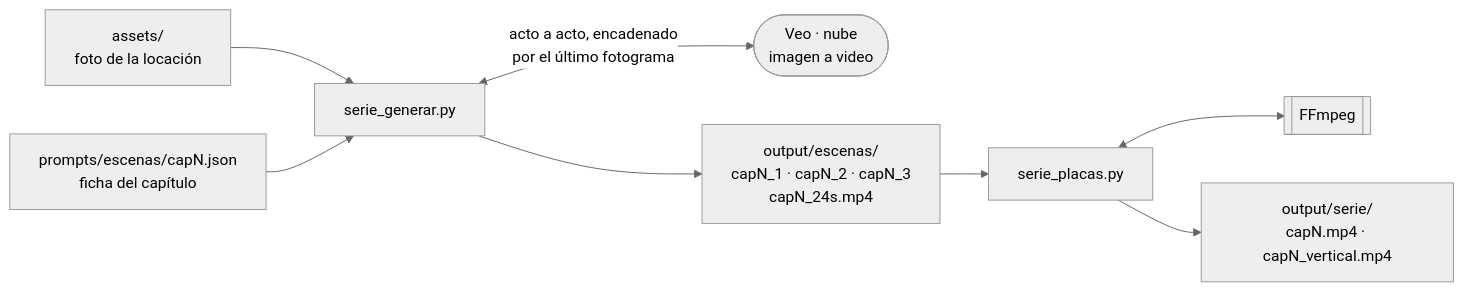
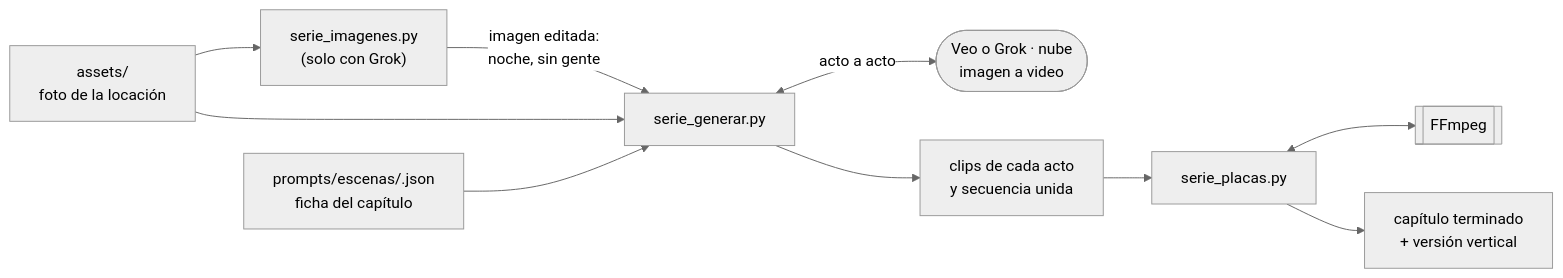
The second of 2 diagrams in README.md (angel-pinzon/frase_hacia_auto_tiktok_pipeline), drawn with Mermaid (neutral theme) before and after one commit. The commit also changed other lines of this file and 11 other files, not shown here.

First line of the commit message:
Produce los capitulos 2 a 4 del celador y separa la documentacion por motor

````diff
--- a/README.md
+++ b/README.md
@@ -106,19 +111,22 @@
 ```mermaid
 flowchart LR
     FOTO["assets/<br/>foto de la locación"]
-    FICHA["prompts/escenas/capN.json<br/>ficha del capítulo"]
+    IMG["serie_imagenes.py<br/>(solo con Grok)"]
+    FICHA["prompts/escenas/<ficha>.json<br/>ficha del capítulo"]
     GEN["serie_generar.py"]
-    VEO(["Veo · nube<br/>imagen a video"])
-    ESC["output/escenas/<br/>capN_1 · capN_2 · capN_3<br/>capN_24s.mp4"]
+    MOD(["Veo o Grok · nube<br/>imagen a video"])
+    ESC["clips de cada acto<br/>y secuencia unida"]
     PLA["serie_placas.py"]
     FF[["FFmpeg"]]
-    SER["output/serie/<br/>capN.mp4 · capN_vertical.mp4"]
+    SER["capítulo terminado<br/>+ versión vertical"]
 
+    FOTO --> IMG
+    IMG -->|"imagen editada:<br/>noche, sin gente"| GEN
     FOTO --> GEN
     FICHA --> GEN
-    GEN <-->|"acto a acto, encadenado<br/>por el último fotograma"| VEO
+    GEN <-->|"acto a acto"| MOD
     GEN --> ESC
     ESC --> PLA
     PLA <--> FF
     PLA --> SER
 ```
````
